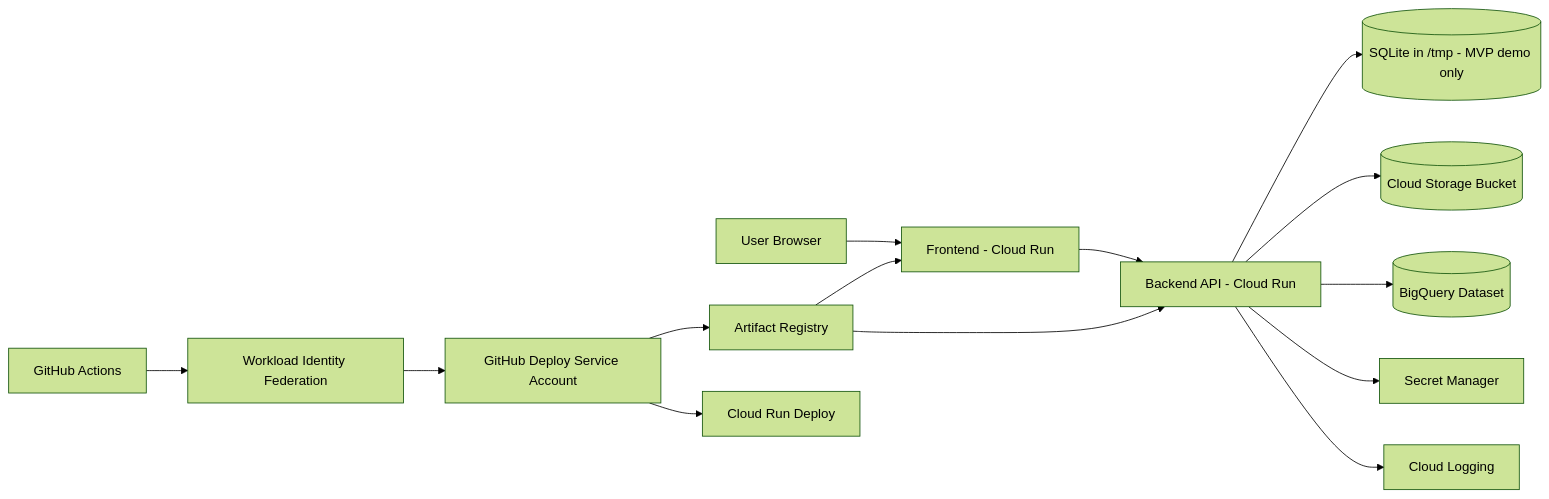
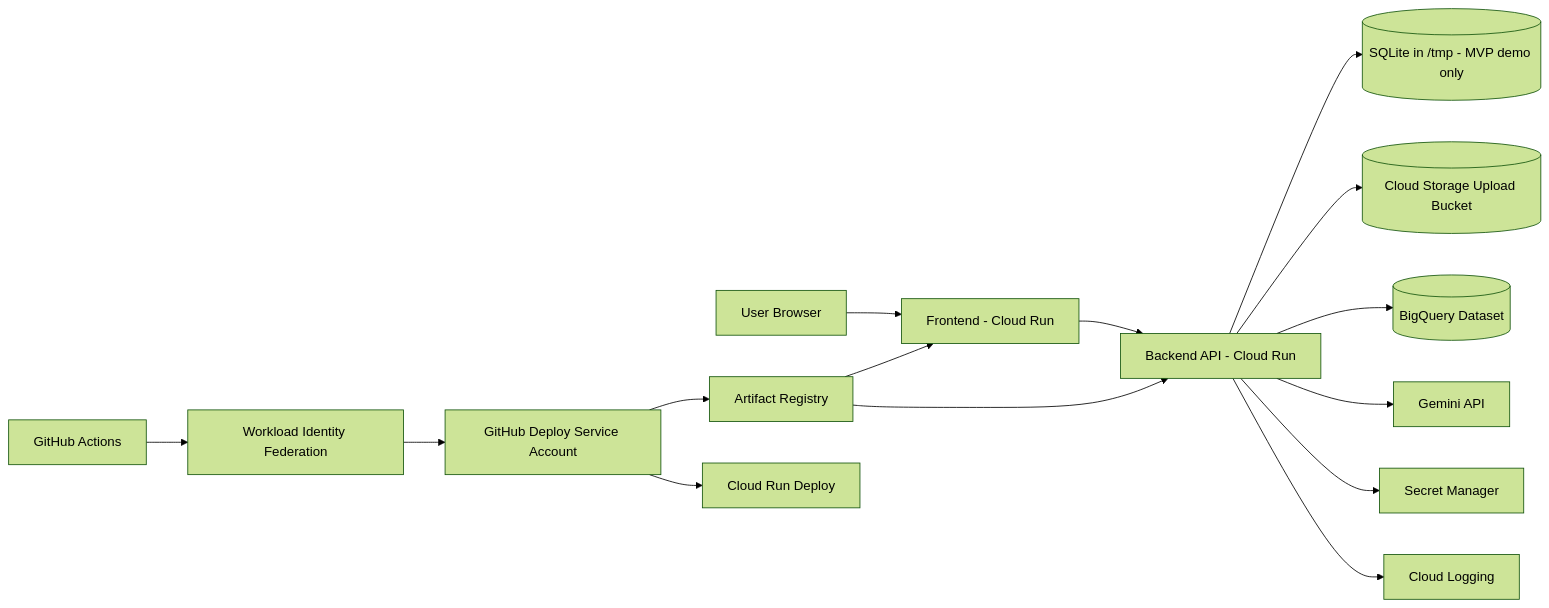
Before and after one commit to Manan2606/QueryShield_AI: the second of 3 diagrams in docs/gcp-architecture.md, drawn with Mermaid (forest theme). The commit also changed other lines of this file and 35 other files, not shown here.

````diff
--- a/docs/gcp-architecture.md
+++ b/docs/gcp-architecture.md
@@ -9,19 +83,20 @@
 ```mermaid
 flowchart LR
     U[User Browser] --> F[Frontend - Cloud Run]
     F --> B[Backend API - Cloud Run]
 
     B --> S[(SQLite in /tmp - MVP demo only)]
-    B --> GCS[(Cloud Storage Bucket)]
+    B --> GCS[(Cloud Storage Upload Bucket)]
     B --> BQ[(BigQuery Dataset)]
+    B --> GM[Gemini API]
     B --> SM[Secret Manager]
     B --> LOG[Cloud Logging]
 
     GH[GitHub Actions] --> WIF[Workload Identity Federation]
     WIF --> DEPLOY[GitHub Deploy Service Account]
     DEPLOY --> AR[Artifact Registry]
     DEPLOY --> CR[Cloud Run Deploy]
 
     AR --> F
     AR --> B
 ```
````
